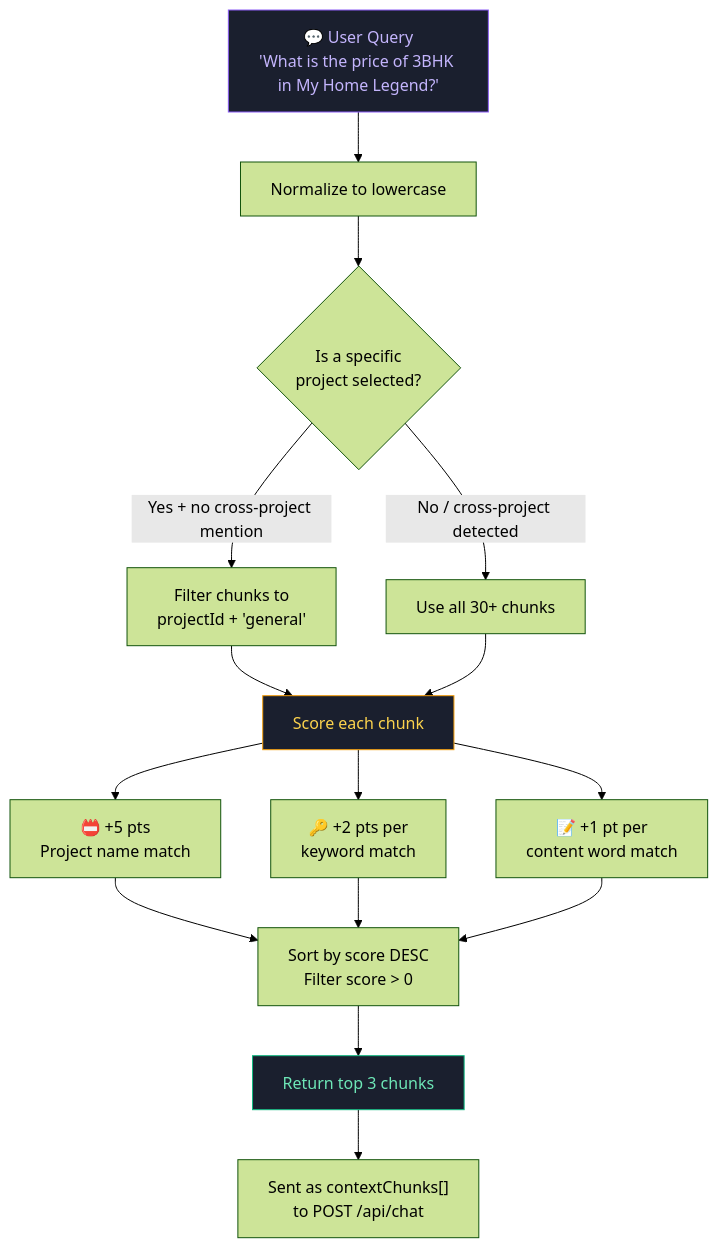
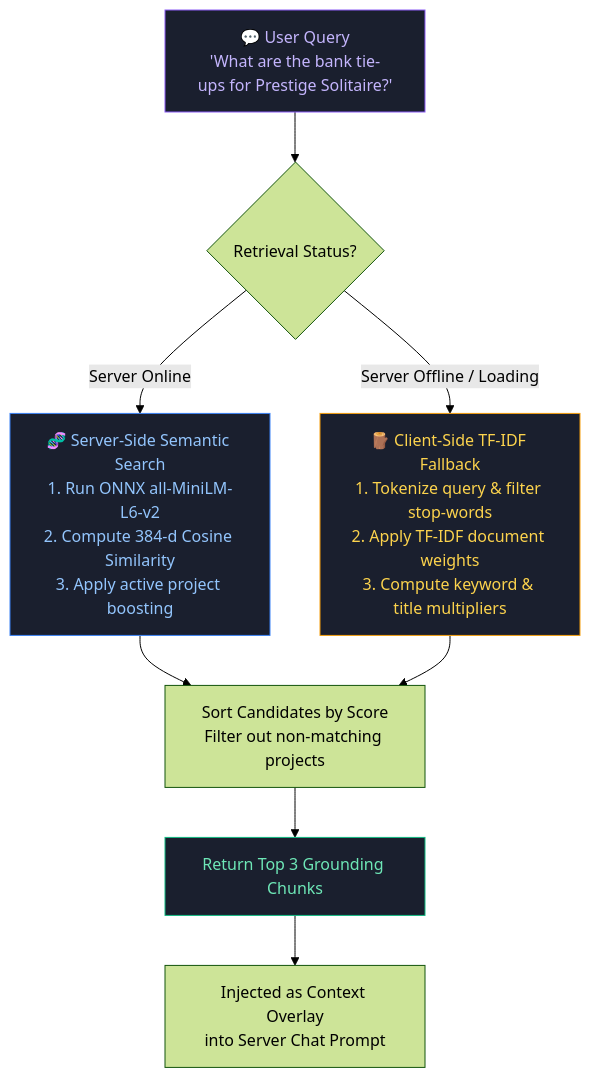
The sixth of 12 diagrams in README.md (iammohith/Voice-First-Aura-Real-Estate-Agent-V-FAREA), drawn with Mermaid (forest theme) before and after one commit. The commit also changed other lines of this file and 15 other files, not shown here.

````diff
--- a/README.md
+++ b/README.md
@@ -363,28 +379,18 @@
 ```mermaid
 flowchart TD
-    INPUT["💬 User Query<br/>'What is the price of 3BHK in My Home Legend?'"] --> NORMALIZE["Normalize to lowercase"]
+    INPUT["💬 User Query<br/>'What are the bank tie-ups for Prestige Solitaire?'"] --> ROUTER{"Retrieval Status?"}
+    
+    ROUTER -->|"Server Online"| SEMANTIC["🧬 Server-Side Semantic Search<br/>1. Run ONNX all-MiniLM-L6-v2<br/>2. Compute 384-d Cosine Similarity<br/>3. Apply active project boosting"]
+    ROUTER -->|"Server Offline / Loading"| LEXICAL["🪵 Client-Side TF-IDF Fallback<br/>1. Tokenize query & filter stop-words<br/>2. Apply TF-IDF document weights<br/>3. Compute keyword & title multipliers"]
 
-    NORMALIZE --> FILTER{"Is a specific<br/>project selected?"}
-
-    FILTER -->|"Yes + no cross-project mention"| SCOPED["Filter chunks to<br/>projectId + 'general'"]
-    FILTER -->|"No / cross-project detected"| ALL["Use all 30+ chunks"]
-
-    SCOPED --> SCORE
-    ALL --> SCORE
-
-    SCORE["Score each chunk"] --> S1["📛 +5 pts<br/>Project name match"]
-    SCORE --> S2["🔑 +2 pts per<br/>keyword match"]
-    SCORE --> S3["📝 +1 pt per<br/>content word match"]
-
-    S1 --> RANK
-    S2 --> RANK
-    S3 --> RANK
-
-    RANK["Sort by score DESC<br/>Filter score > 0"] --> TOP3["Return top 3 chunks"]
-
-    TOP3 --> SERVER["Sent as contextChunks[]<br/>to POST /api/chat"]
+    SEMANTIC --> CONTEXT["Sort Candidates by Score<br/>Filter out non-matching projects"]
+    LEXICAL --> CONTEXT
+    
+    CONTEXT --> TOP3["Return Top 3 Grounding Chunks"]
+    TOP3 --> SERVER["Injected as Context Overlay<br/>into Server Chat Prompt"]
 
     style INPUT fill:#1a1f2e,stroke:#8b5cf6,color:#c4b5fd
+    style SEMANTIC fill:#1a1f2e,stroke:#3b82f6,color:#93c5fd
+    style LEXICAL fill:#1a1f2e,stroke:#f59e0b,color:#fcd34d
     style TOP3 fill:#1a1f2e,stroke:#10b981,color:#6ee7b7
-    style SCORE fill:#1a1f2e,stroke:#f59e0b,color:#fcd34d
 ```
````
